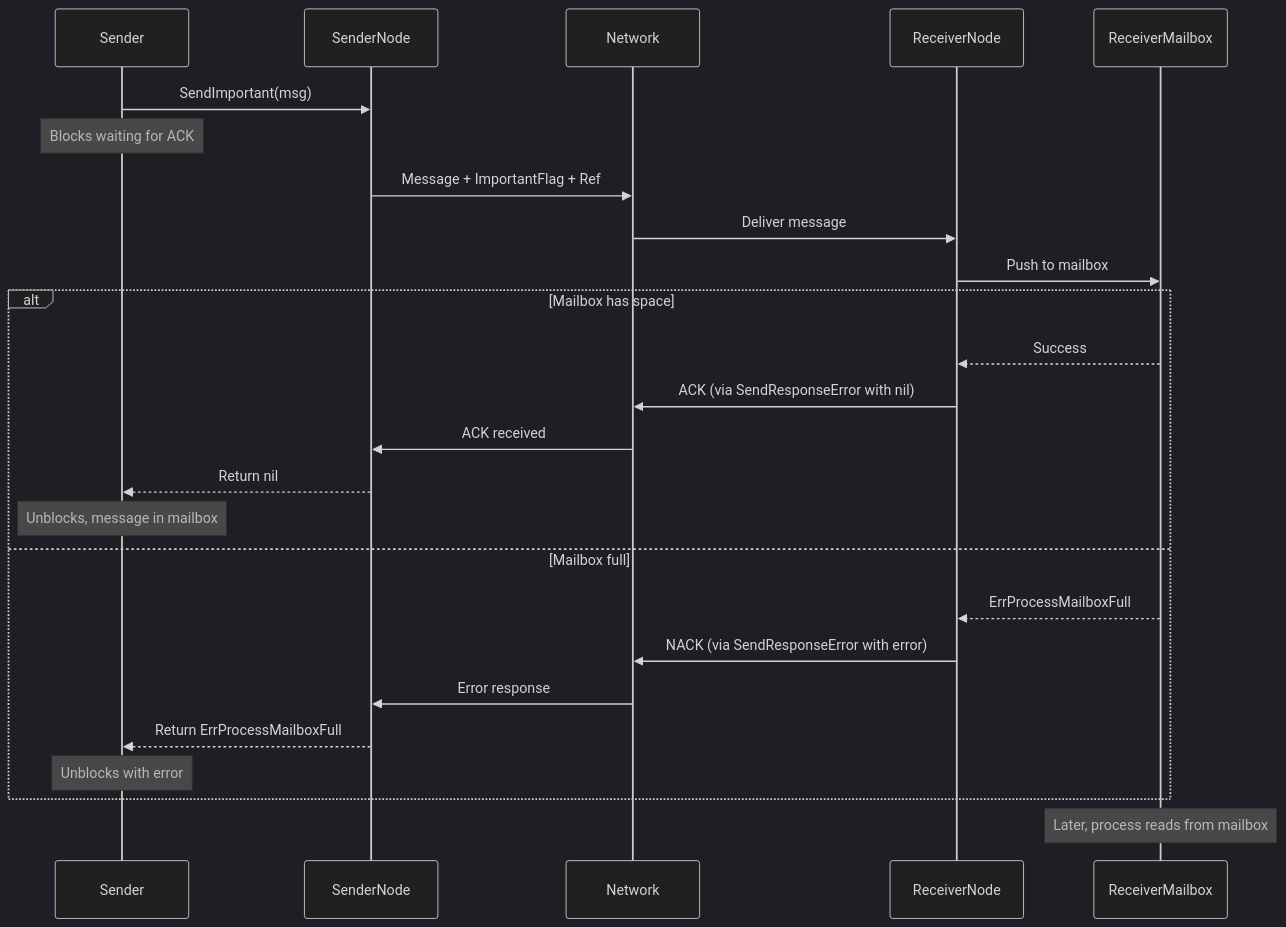
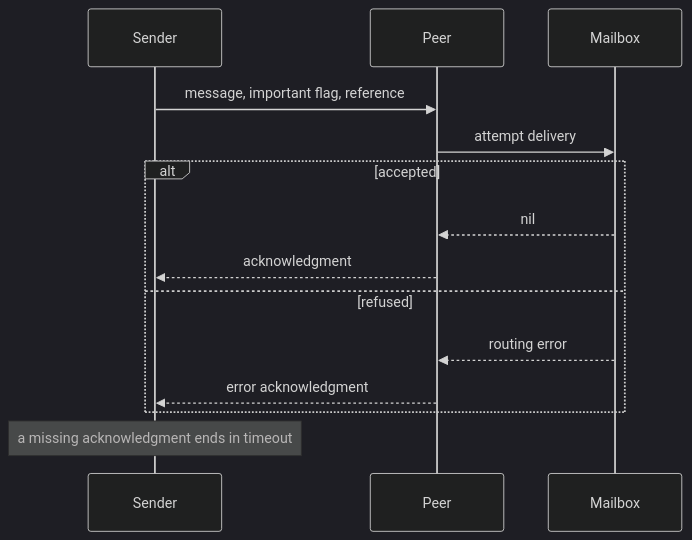
One commit to ergo-services/ergo changed the first of 2 diagrams in docs/advanced/important-delivery.md. Above: the diagram before and after it, drawn with Mermaid (dark theme). The commit also changed other lines of this file and 96 other files, not shown here.

````diff
--- a/docs/advanced/important-delivery.md
+++ b/docs/advanced/important-delivery.md
@@ -116,31 +78,16 @@
 ```mermaid
 sequenceDiagram
     participant Sender
-    participant SenderNode
-    participant Network
-    participant ReceiverNode
-    participant ReceiverMailbox
-
-    Sender->>SenderNode: SendImportant(msg)
-    Note over Sender: Blocks waiting for ACK
-    
-    SenderNode->>Network: Message + ImportantFlag + Ref
-    Network->>ReceiverNode: Deliver message
-    
-    ReceiverNode->>ReceiverMailbox: Push to mailbox
-    alt Mailbox has space
-        ReceiverMailbox-->>ReceiverNode: Success
-        ReceiverNode->>Network: ACK (via SendResponseError with nil)
-        Network->>SenderNode: ACK received
-        SenderNode-->>Sender: Return nil
-        Note over Sender: Unblocks, message in mailbox
-    else Mailbox full
-        ReceiverMailbox-->>ReceiverNode: ErrProcessMailboxFull
-        ReceiverNode->>Network: NACK (via SendResponseError with error)
-        Network->>SenderNode: Error response
-        SenderNode-->>Sender: Return ErrProcessMailboxFull
-        Note over Sender: Unblocks with error
+    participant Peer
+    participant Mailbox
+    Sender->>Peer: message, important flag, reference
+    Peer->>Mailbox: attempt delivery
+    alt accepted
+        Mailbox-->>Peer: nil
+        Peer-->>Sender: acknowledgment
+    else refused
+        Mailbox-->>Peer: routing error
+        Peer-->>Sender: error acknowledgment
     end
-    
-    Note over ReceiverMailbox: Later, process reads from mailbox
+    Note over Sender: a missing acknowledgment ends in timeout
 ```
````
